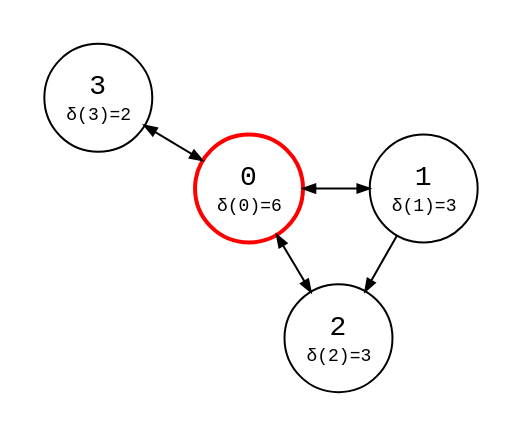
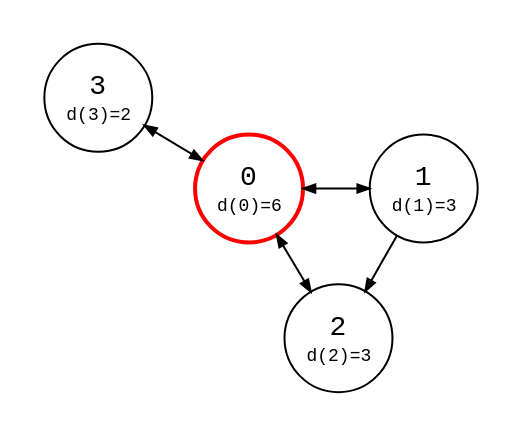
Before and after one commit to bsdrks/graaf-images: the diagram in src/max_degree-0.88.4.dot, drawn with Graphviz. The commit also changed 9 other files, not shown here.

```diff
--- a/src/max_degree-0.88.4.dot
+++ b/src/max_degree-0.88.4.dot
@@ -1,86 +1,86 @@
 digraph {
     node [
         fixedsize=true;
         fontname="monospace";
         shape=circle;
         width="0.75";
     ];
 
     edge [
         arrowsize=0.6;
     ];
 
     layout=neato;
     mode="sgd";
     normalize=true;
     pad=0.2;
     scale=1.2;
 
     0 [
         label=<
             <table border="0" cellpadding="1" cellspacing="0">
                 <tr>
                     <td>0</td>
                 </tr>
                 <tr>
-                    <td><font point-size="9">δ(0)=6</font></td>
+                    <td><font point-size="9">d(0)=6</font></td>
                 </tr>
             </table>
         >;
         color=red;
         style=bold
     ];
 
     1 [
         label=<
             <table border="0" cellpadding="1" cellspacing="0">
                 <tr>
                     <td>1</td>
                 </tr>
                 <tr>
-                    <td><font point-size="9">δ(1)=3</font></td>
+                    <td><font point-size="9">d(1)=3</font></td>
                 </tr>
             </table>
         >;
     ];
 
     2 [
         label=<
             <table border="0" cellpadding="1" cellspacing="0">
                 <tr>
                     <td>2</td>
                 </tr>
                 <tr>
-                    <td><font point-size="9">δ(2)=3</font></td>
+                    <td><font point-size="9">d(2)=3</font></td>
                 </tr>
             </table>
         >;
     ];
 
     3 [
         label=<
             <table border="0" cellpadding="1" cellspacing="0">
                 <tr>
                     <td>3</td>
                 </tr>
                 <tr>
-                    <td><font point-size="9">δ(3)=2</font></td>
+                    <td><font point-size="9">d(3)=2</font></td>
                 </tr>
             </table>
         >;
     ];
 
     0 -> 1 [
         dir=both;
     ];
 
     0 -> 2 [
         dir=both;
     ];
 
     0 -> 3 [
         dir=both;
     ];
 
     1 -> 2;
 }
```
